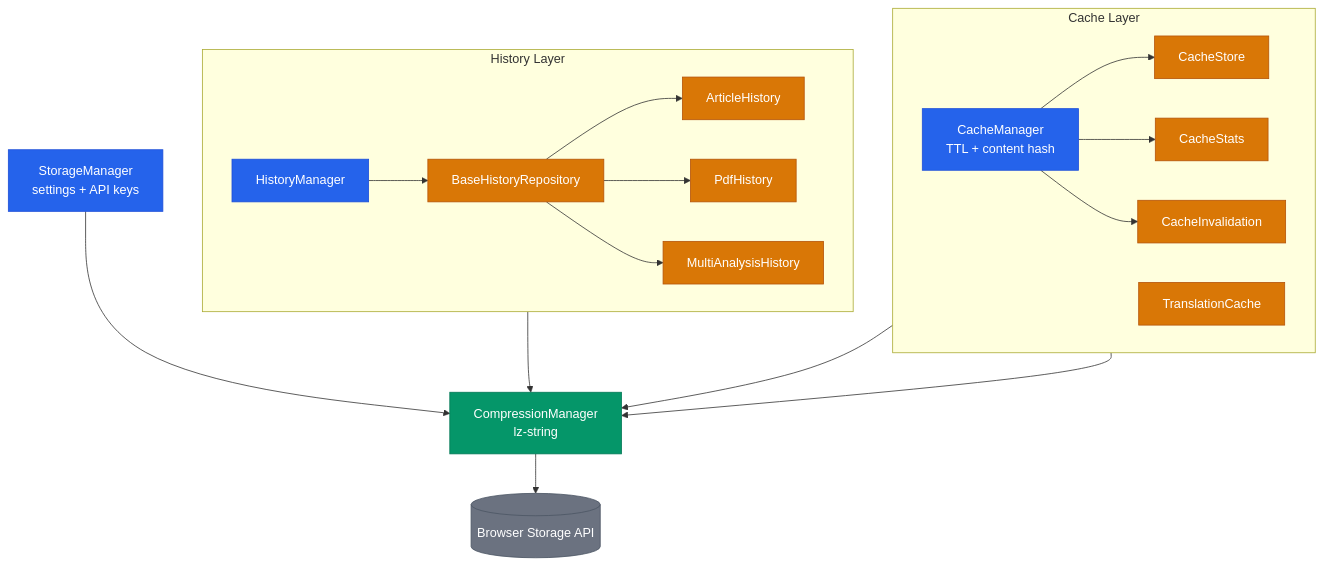
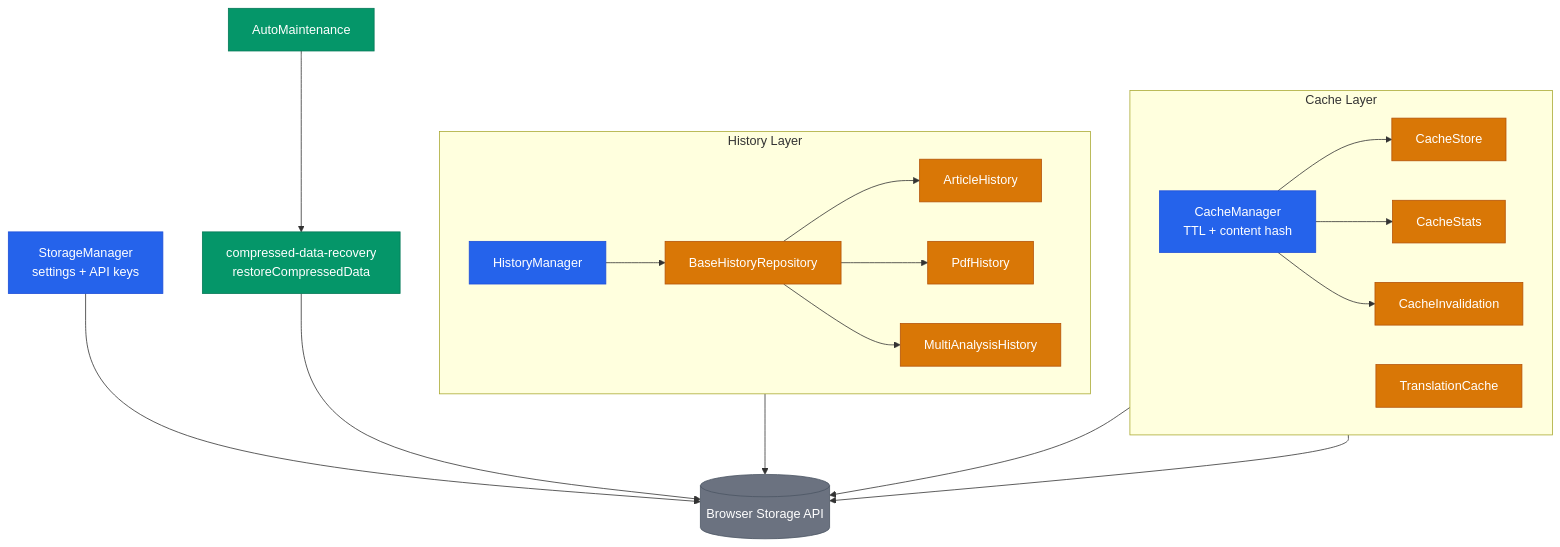
Before and after one commit to AndreaBonn/web-article-summarizer-firefox: the fourth of 4 diagrams in docs/ARCHITECTURE.md, drawn with Mermaid. The commit also changed other lines of this file and 13 other files, not shown here.

````diff
--- a/docs/ARCHITECTURE.md
+++ b/docs/ARCHITECTURE.md
@@ -162,50 +156,52 @@
 ```mermaid
 %%{init: {'theme': 'default'}}%%
 graph TD
   subgraph cache_layer["Cache Layer"]
     direction LR
     cache_mgr["CacheManager<br/>TTL + content hash"]
     cache_store["CacheStore"]
     cache_stats["CacheStats"]
     cache_inv["CacheInvalidation"]
     trans_cache["TranslationCache"]
   end
 
   subgraph history_layer["History Layer"]
     direction LR
     hist_mgr["HistoryManager"]
     base_repo["BaseHistoryRepository"]
     art_hist["ArticleHistory"]
     pdf_hist["PdfHistory"]
     multi_hist["MultiAnalysisHistory"]
   end
 
   storage_mgr["StorageManager<br/>settings + API keys"]
-  compress["CompressionManager<br/>lz-string"]
+  maint["AutoMaintenance"]
+  recovery["compressed-data-recovery<br/>restoreCompressedData"]
   browser_store[("Browser Storage API")]
 
   cache_mgr --> cache_store
   cache_mgr --> cache_stats
   cache_mgr --> cache_inv
   hist_mgr --> base_repo
   base_repo --> art_hist
   base_repo --> pdf_hist
   base_repo --> multi_hist
 
-  storage_mgr --> compress
-  cache_layer --> compress
-  history_layer --> compress
-  trans_cache --> compress
-  compress --> browser_store
+  storage_mgr --> browser_store
+  cache_layer --> browser_store
+  history_layer --> browser_store
+  trans_cache --> browser_store
+  maint --> recovery
+  recovery --> browser_store
 
   classDef core fill:#2563eb,stroke:#1d4ed8,color:#fff
   classDef data fill:#d97706,stroke:#b45309,color:#fff
   classDef ext fill:#6b7280,stroke:#4b5563,color:#fff
   classDef engine fill:#059669,stroke:#047857,color:#fff
 
   class storage_mgr,cache_mgr,hist_mgr core
   class cache_store,cache_stats,cache_inv,trans_cache,art_hist,pdf_hist,multi_hist data
-  class compress engine
+  class maint,recovery engine
   class browser_store ext
   class base_repo data
 ```
````
